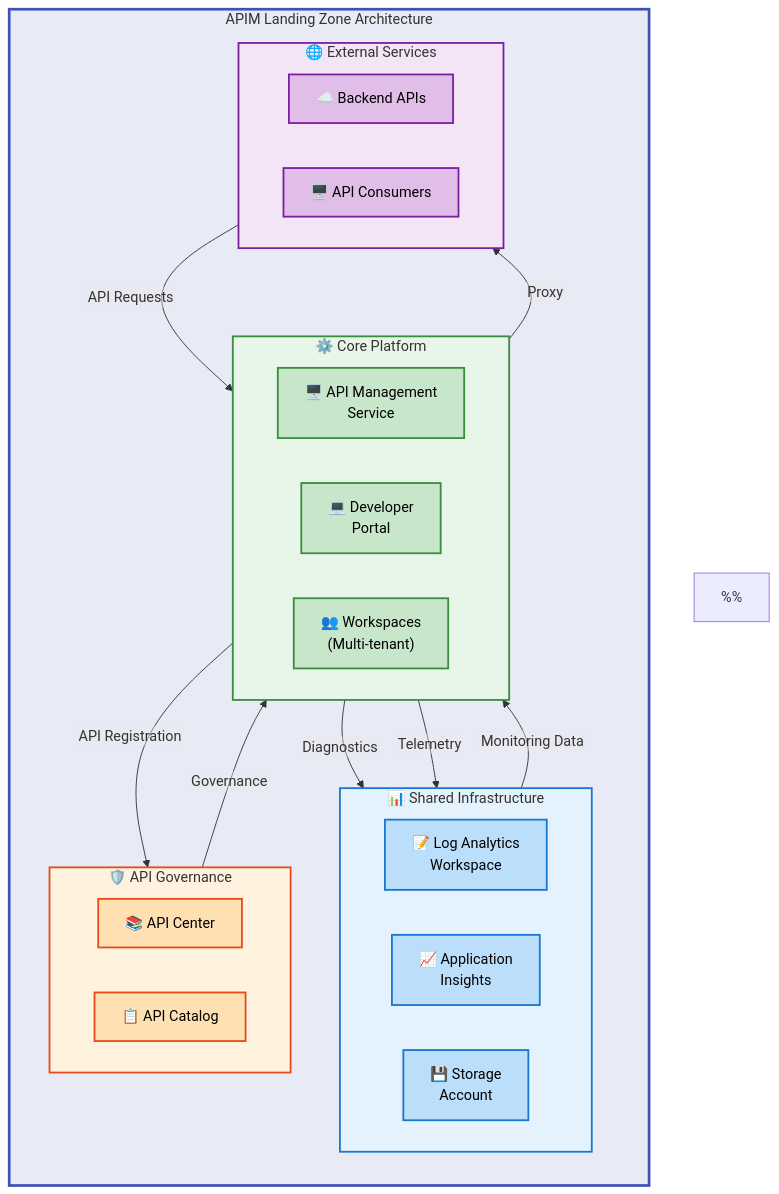
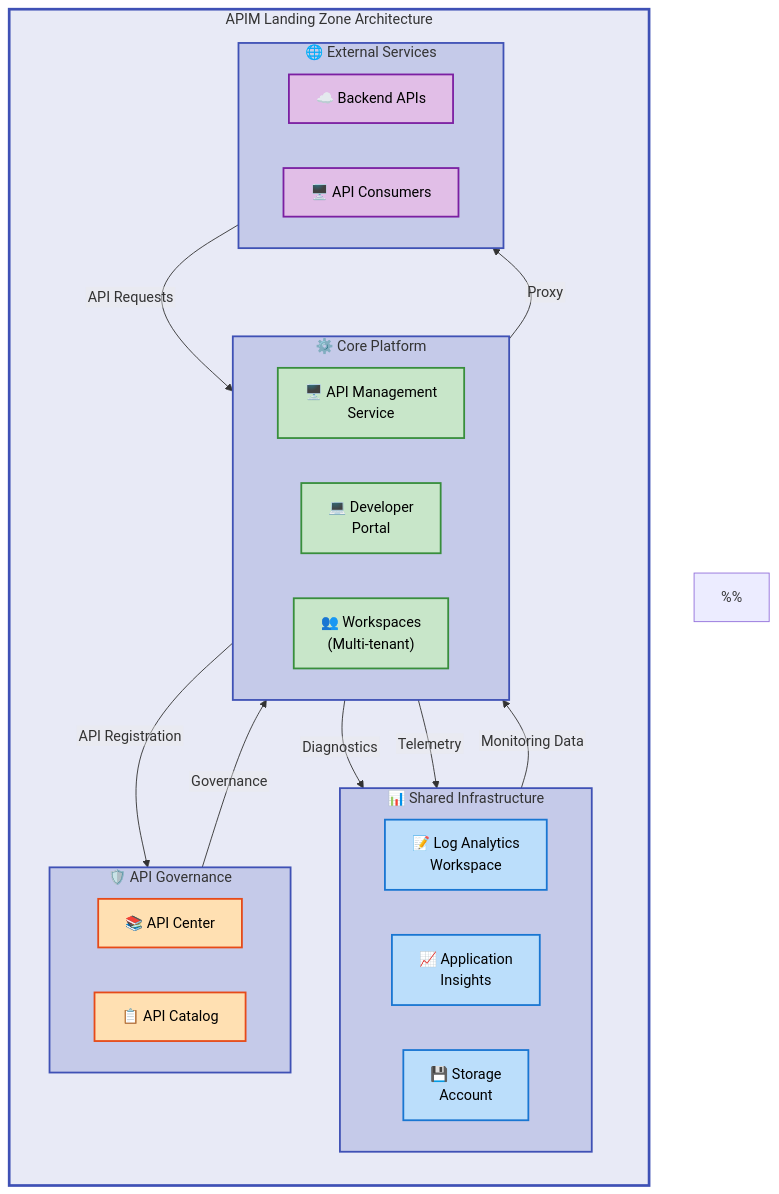
Before and after one commit to Evilazaro/APIM-Accelerator: the diagram in README.md, drawn with Mermaid.

Commit message:
Refactor flowchart styles in README.md for improved visual consistency and clarity

````diff
--- a/README.md
+++ b/README.md
@@ -41,82 +41,82 @@
 ```mermaid
 %%{init: {"flowchart": {"htmlLabels": false}} }%%
 flowchart TB
     %% ============================================
     %% STANDARD COLOR SCHEME - DO NOT MODIFY
     %% ============================================
     %% Main Group Level (Neutral background)
     classDef mainGroup fill:#E8EAF6,stroke:#3F51B5,stroke-width:3px,color:#000
 
     %% Sub Group Level (Semantic colors for functional siblings)
     classDef mdBlue fill:#BBDEFB,stroke:#1976D2,stroke-width:2px,color:#000
     classDef mdGreen fill:#C8E6C9,stroke:#388E3C,stroke-width:2px,color:#000
     classDef mdOrange fill:#FFE0B2,stroke:#E64A19,stroke-width:2px,color:#000
     classDef mdPurple fill:#E1BEE7,stroke:#7B1FA2,stroke-width:2px,color:#000
     classDef mdTeal fill:#B2DFDB,stroke:#00796B,stroke-width:2px,color:#000
     classDef mdYellow fill:#FFF9C4,stroke:#F57F17,stroke-width:2px,color:#000
     %% ============================================
     %% COLOR SCHEME DOCUMENTATION
     %% ============================================
     %% Level 1 (Main Container): Indigo 50 (#E8EAF6)
     %%   - Used for: Top-level system container
     %%   - Purpose: Visual hierarchy and architectural boundary
     %%   - Stroke: Indigo 500 (#3F51B5), 3px
     %%
-    %% Level 2 (Functional Siblings): Semantic colors
-    %%   - Shared Infrastructure (Monitoring): Blue (#BBDEFB)
-    %%   - Core Platform (API Services): Green (#C8E6C9)
-    %%   - API Governance (Management): Orange (#FFE0B2)
-    %%   - External Services (Integration): Purple (#E1BEE7)
+    %% Level 2 (Sub Groups): Indigo 100 (#C5CAE9)
+    %%   - Used for: ALL Level 2 subgraphs (shared, core, inventory, external)
+    %%   - Purpose: Hierarchical visual consistency
+    %%   - Stroke: Indigo 500 (#3F51B5), 2px
     %%
-    %% Icons: Font Awesome semantic icons for clarity
-    %%   - fa:fa-file-text (Logs), fa:fa-chart-line (Insights)
-    %%   - fa:fa-server (API), fa:fa-code (Portal)
-    %%   - fa:fa-book (Center), fa:fa-cloud (Backends)
+    %% Level 3 (Content Nodes): Semantic colors for differentiation
+    %%   - Shared Infrastructure: Blue (#BBDEFB)
+    %%   - Core Platform: Green (#C8E6C9)
+    %%   - API Governance: Orange (#FFE0B2)
+    %%   - External Services: Purple (#E1BEE7)
     %% ============================================
 
     subgraph system["APIM Landing Zone Architecture"]
         direction TB
 
         subgraph shared["📊 Shared Infrastructure"]
             direction LR
             logs["📝 Log Analytics<br/>Workspace"]:::mdBlue
             insights["📈 Application<br/>Insights"]:::mdBlue
             storage["💾 Storage<br/>Account"]:::mdBlue
         end
 
         subgraph core["⚙️ Core Platform"]
             direction LR
             apim["🖥️ API Management<br/>Service"]:::mdGreen
             devportal["💻 Developer<br/>Portal"]:::mdGreen
             workspaces["👥 Workspaces<br/>(Multi-tenant)"]:::mdGreen
         end
 
         subgraph inventory["🛡️ API Governance"]
             direction LR
             apicenter["📚 API Center"]:::mdOrange
             catalog["📋 API Catalog"]:::mdOrange
         end
 
         subgraph external["🌐 External Services"]
             direction LR
             backends["☁️ Backend APIs"]:::mdPurple
             clients["🖥️ API Consumers"]:::mdPurple
         end
 
         %% Relationships with descriptive labels
         shared -->|Monitoring Data| core
         core -->|API Registration| inventory
         clients -->|API Requests| apim
         apim -->|Proxy| backends
         apim -->|Diagnostics| logs
         apim -->|Telemetry| insights
         apicenter -->|Governance| apim
     end
 
     %% Apply style directives to ALL subgraphs
     style system fill:#E8EAF6,stroke:#3F51B5,stroke-width:3px
-    style shared fill:#E3F2FD,stroke:#1976D2,stroke-width:2px
-    style core fill:#E8F5E9,stroke:#388E3C,stroke-width:2px
-    style inventory fill:#FFF3E0,stroke:#E64A19,stroke-width:2px
-    style external fill:#F3E5F5,stroke:#7B1FA2,stroke-width:2px
+    style shared fill:#C5CAE9,stroke:#3F51B5,stroke-width:2px
+    style core fill:#C5CAE9,stroke:#3F51B5,stroke-width:2px
+    style inventory fill:#C5CAE9,stroke:#3F51B5,stroke-width:2px
+    style external fill:#C5CAE9,stroke:#3F51B5,stroke-width:2px
 ```
````
